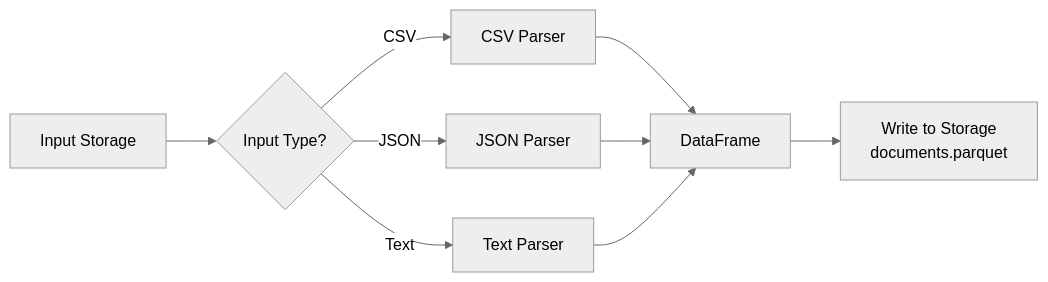
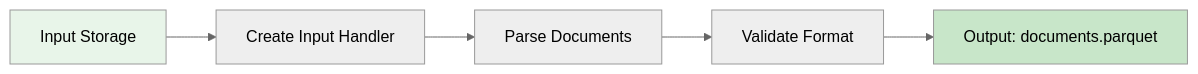
Before and after one commit to huytu0702/gtog: the second of 10 diagrams in docs/tunh/GRAPHRAG_INDEXING_FLOW.md, drawn with Mermaid (neutral theme). The commit also changed other lines of this file and 1 other file, not shown here.

````diff
--- a/docs/tunh/GRAPHRAG_INDEXING_FLOW.md
+++ b/docs/tunh/GRAPHRAG_INDEXING_FLOW.md
@@ -58,13 +57,10 @@
 ```mermaid
-flowchart LR
-    A[Input Storage] --> B{Input Type?}
-    B -->|CSV| C[CSV Parser]
-    B -->|JSON| D[JSON Parser]
-    B -->|Text| E[Text Parser]
+graph LR
+    A[Input Storage] --> B[Create Input Handler]
+    B --> C[Parse Documents]
+    C --> D[Validate Format]
+    D --> E[Output: documents.parquet]
     
-    C --> F[DataFrame]
-    D --> F
-    E --> F
-    
-    F --> G[Write to Storage<br/>documents.parquet]
+    style A fill:#e8f5e9
+    style E fill:#c8e6c9
 ```
````
